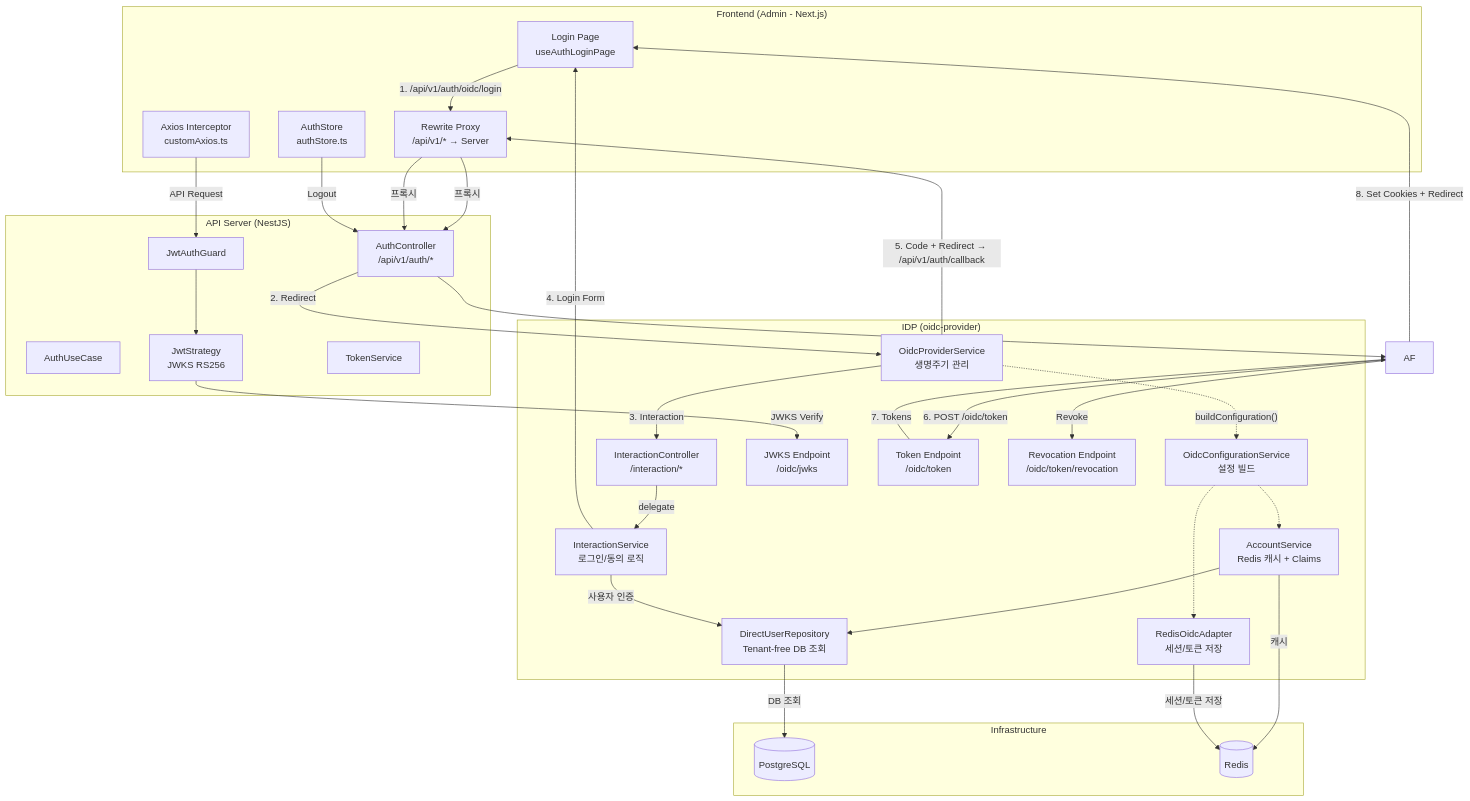
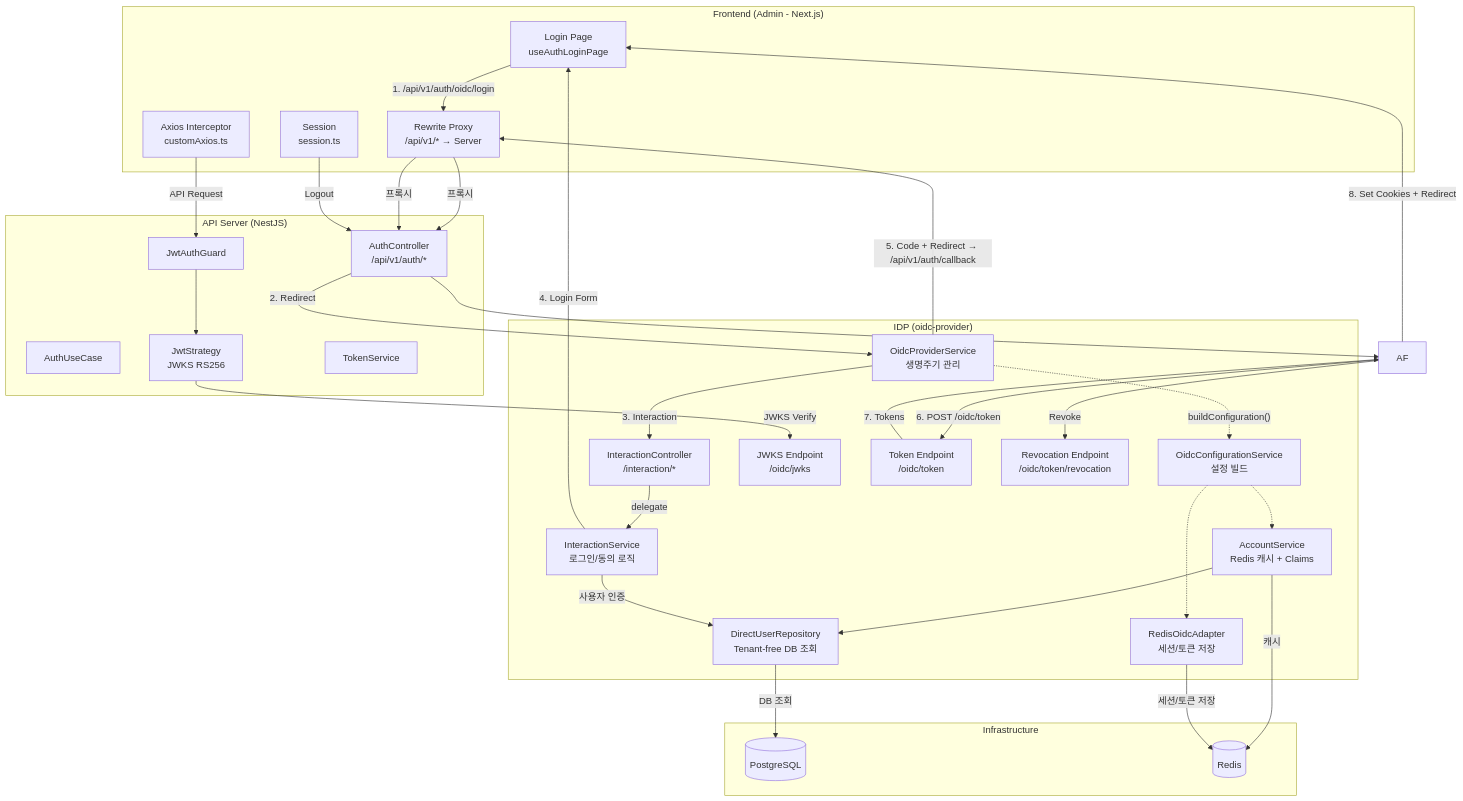
The fifth of 5 diagrams in packages/be-common/_spec/auth-security/oidc-auth-flow.md (kimjoongwon/prj-core), drawn with Mermaid before and after one commit. The commit also changed other lines of this file and 1126 other files, not shown here.

````diff
--- a/packages/be-common/_spec/auth-security/oidc-auth-flow.md
+++ b/packages/be-common/_spec/auth-security/oidc-auth-flow.md
@@ -372,64 +372,64 @@
 ```mermaid
 graph TB
     subgraph "Frontend (Admin - Next.js)"
         LP[Login Page<br/>useAuthLoginPage]
         RW[Rewrite Proxy<br/>/api/v1/* → Server]
         AX[Axios Interceptor<br/>customAxios.ts]
-        AS[AuthStore<br/>authStore.ts]
+        AS[Session<br/>session.ts]
     end
 
     subgraph "API Server (NestJS)"
         AC[AuthController<br/>/api/v1/auth/*]
         AAS[AuthUseCase]
         JG[JwtAuthGuard]
         JS[JwtStrategy<br/>JWKS RS256]
         TS[TokenService]
     end
 
     subgraph "IDP (oidc-provider)"
         OPS[OidcProviderService<br/>생명주기 관리]
         OCS[OidcConfigurationService<br/>설정 빌드]
         IC[InteractionController<br/>/interaction/*]
         IS[InteractionService<br/>로그인/동의 로직]
         ACS[AccountService<br/>Redis 캐시 + Claims]
         DUR[DirectUserRepository<br/>Tenant-free DB 조회]
         ROA[RedisOidcAdapter<br/>세션/토큰 저장]
         JWKS[JWKS Endpoint<br/>/oidc/jwks]
         TE[Token Endpoint<br/>/oidc/token]
         RE[Revocation Endpoint<br/>/oidc/token/revocation]
     end
 
     subgraph "Infrastructure"
         DB[(PostgreSQL)]
         RD[(Redis)]
     end
 
     LP -->|"1. /api/v1/auth/oidc/login"| RW
     RW -->|"프록시"| AC
     AC -->|"2. Redirect"| OPS
     OPS -->|"3. Interaction"| IC
     IC -->|"delegate"| IS
     IS -->|"4. Login Form"| LP
     OPS -->|"5. Code + Redirect → /api/v1/auth/callback"| RW
     RW -->|"프록시"| AC
     AC --> AF
     AF -->|"6. POST /oidc/token"| TE
     TE -->|"7. Tokens"| AF
     AF -->|"8. Set Cookies + Redirect"| LP
 
     AX -->|"API Request"| JG
     JG --> JS
     JS -->|"JWKS Verify"| JWKS
 
     AS -->|"Logout"| AC
     AF -->|"Revoke"| RE
 
     OPS -.->|"buildConfiguration()"| OCS
     OCS -.-> ACS
     OCS -.-> ROA
     ACS --> DUR
     ACS -->|"캐시"| RD
     DUR -->|"DB 조회"| DB
     IS -->|"사용자 인증"| DUR
     ROA -->|"세션/토큰 저장"| RD
 ```
````
